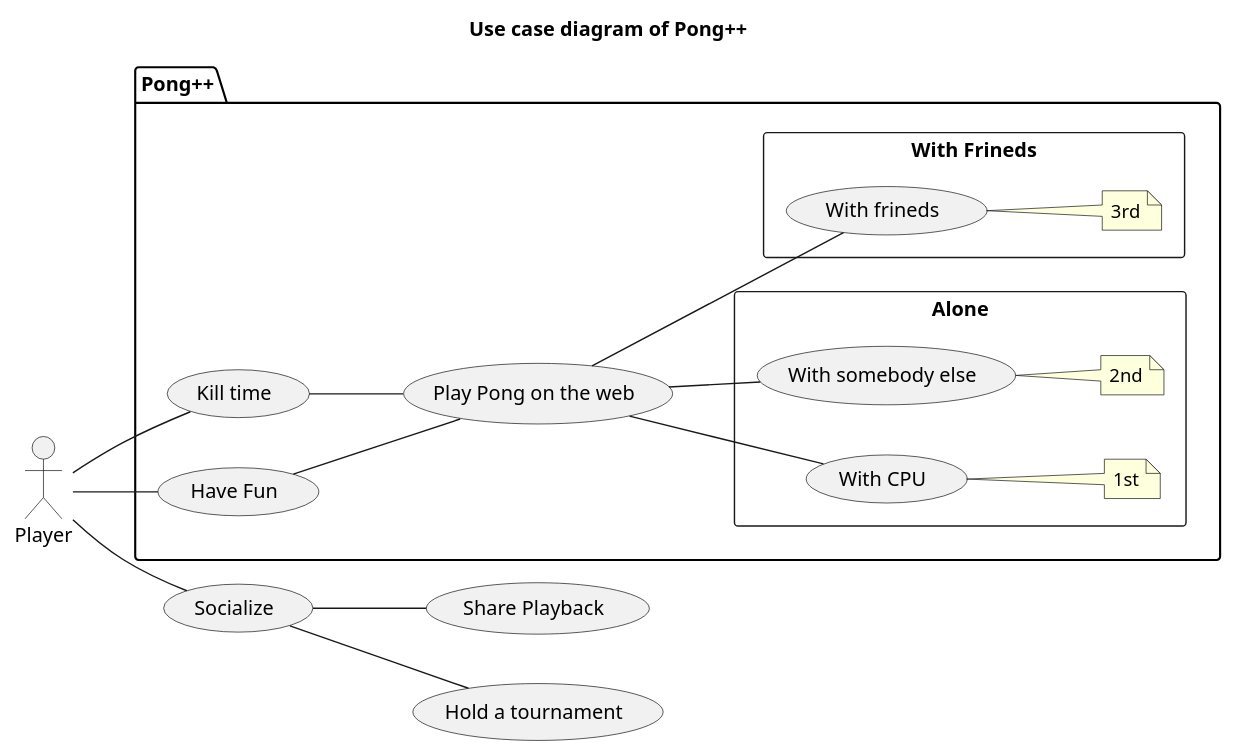
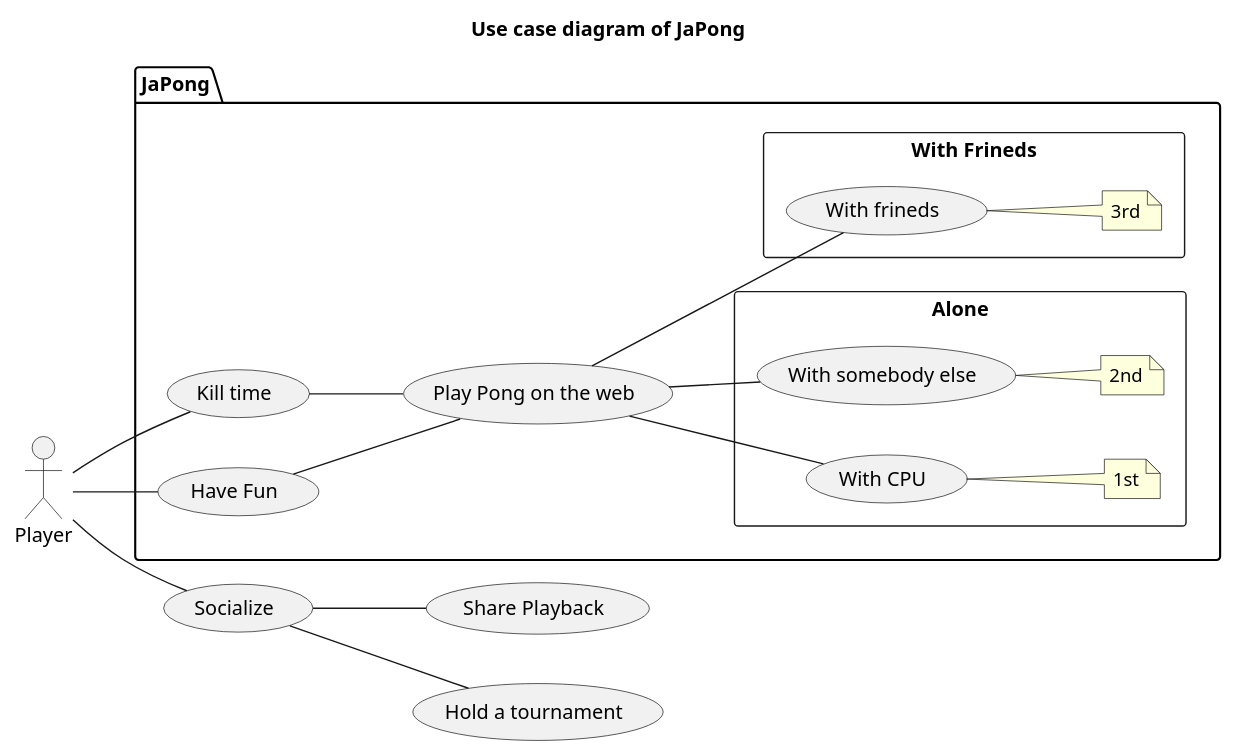
Before and after one commit to uztbt/pong: the diagram in document/uml/usecase.plantuml, drawn with PlantUML. The commit also changed 9 other files, not shown here.

```diff
--- a/document/uml/usecase.plantuml
+++ b/document/uml/usecase.plantuml
@@ -1,40 +1,40 @@
 @startuml
 
-title "Use case diagram of Pong++"
+title "Use case diagram of JaPong"
 
 left to right direction
 actor Player
 
 usecase Socialize
 usecase "Share Playback" as LiveStream
 usecase "Hold a tournament" as Tournament
 
 Player -- Socialize
 Socialize -- LiveStream
 Socialize -- Tournament
 
-package "Pong++" {
+package "JaPong" {
     usecase "Kill time" as KillTime
     usecase "Have Fun" as Fun
     usecase "Play Pong on the web" as Pong
     
     Player -- KillTime
     Player -- Fun
     KillTime -- Pong
     Fun -- Pong
     rectangle Alone {
         usecase "With somebody else" as RandomMatch
         note right of RandomMatch : 2nd
         usecase "With CPU" as CPU
         note right of CPU : 1st
         Pong -- RandomMatch
         Pong -- CPU
     }
     rectangle "With Frineds" {
         usecase "With frineds" as WithFriends
         note right of WithFriends : 3rd
         Pong -- WithFriends
     }
 }
 
 @enduml
```
